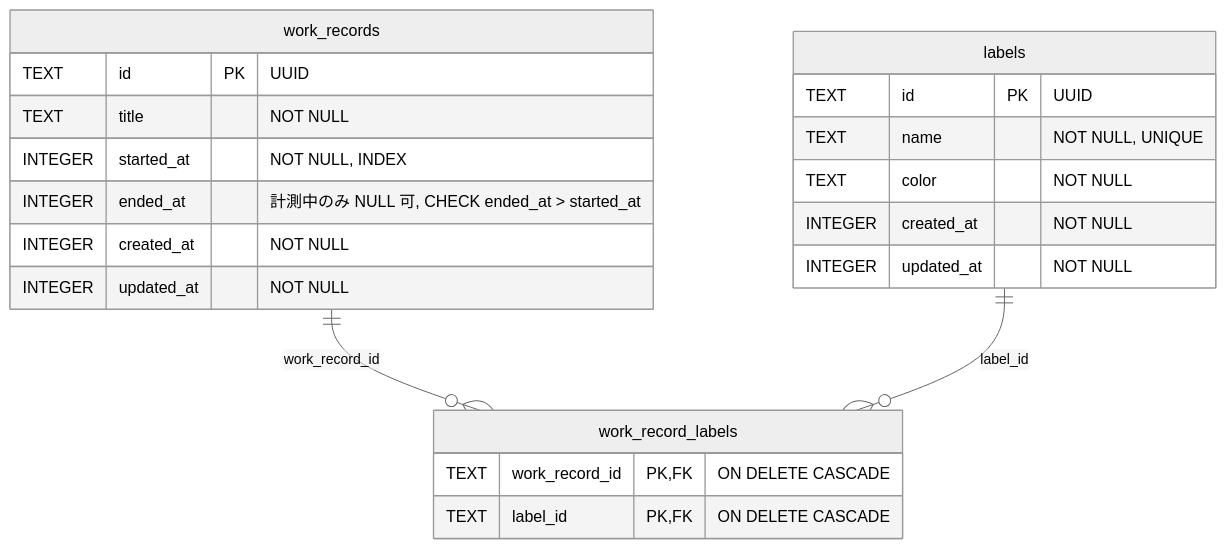
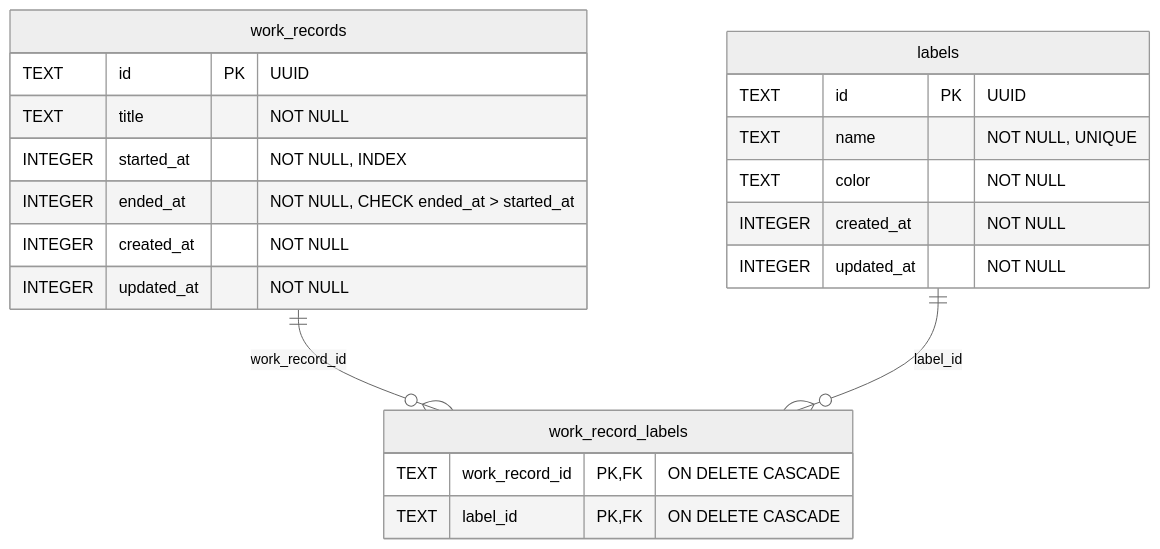
One commit to monarizzz/link-to-notion-db changed the diagram in docs/architecture/database.md. Above: the diagram before and after it, drawn with Mermaid (neutral theme). The commit also changed other lines of this file, not shown here.

Commit message:
docs テーブル設計の ended_at を NOT NULL にし、計測中は保存しないと書く

````diff
--- a/docs/architecture/database.md
+++ b/docs/architecture/database.md
@@ -7,27 +7,27 @@
 ```mermaid
 erDiagram
     labels {
         TEXT id PK "UUID"
         TEXT name "NOT NULL, UNIQUE"
         TEXT color "NOT NULL"
         INTEGER created_at "NOT NULL"
         INTEGER updated_at "NOT NULL"
     }
 
     work_records {
         TEXT id PK "UUID"
         TEXT title "NOT NULL"
         INTEGER started_at "NOT NULL, INDEX"
-        INTEGER ended_at "計測中のみ NULL 可, CHECK ended_at > started_at"
+        INTEGER ended_at "NOT NULL, CHECK ended_at > started_at"
         INTEGER created_at "NOT NULL"
         INTEGER updated_at "NOT NULL"
     }
 
     work_record_labels {
         TEXT work_record_id PK, FK "ON DELETE CASCADE"
         TEXT label_id PK, FK "ON DELETE CASCADE"
     }
 
     work_records ||--o{ work_record_labels : "work_record_id"
     labels ||--o{ work_record_labels : "label_id"
 ```
````
